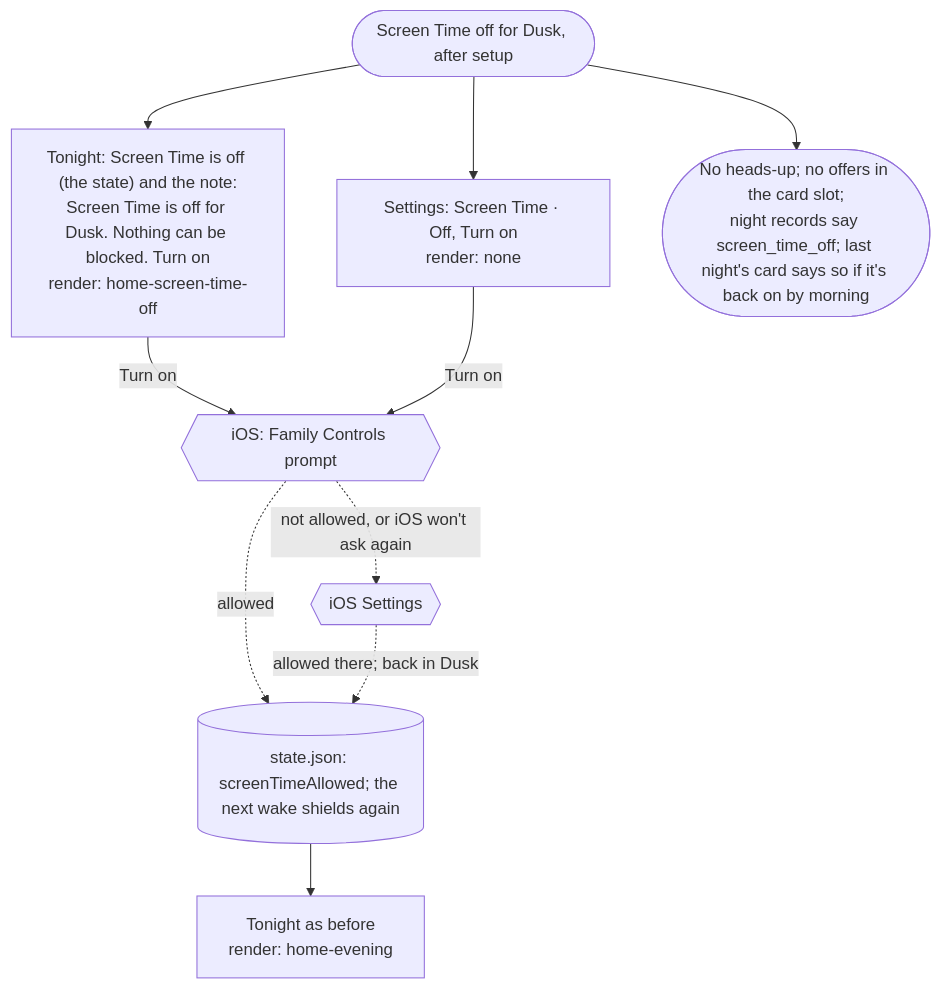
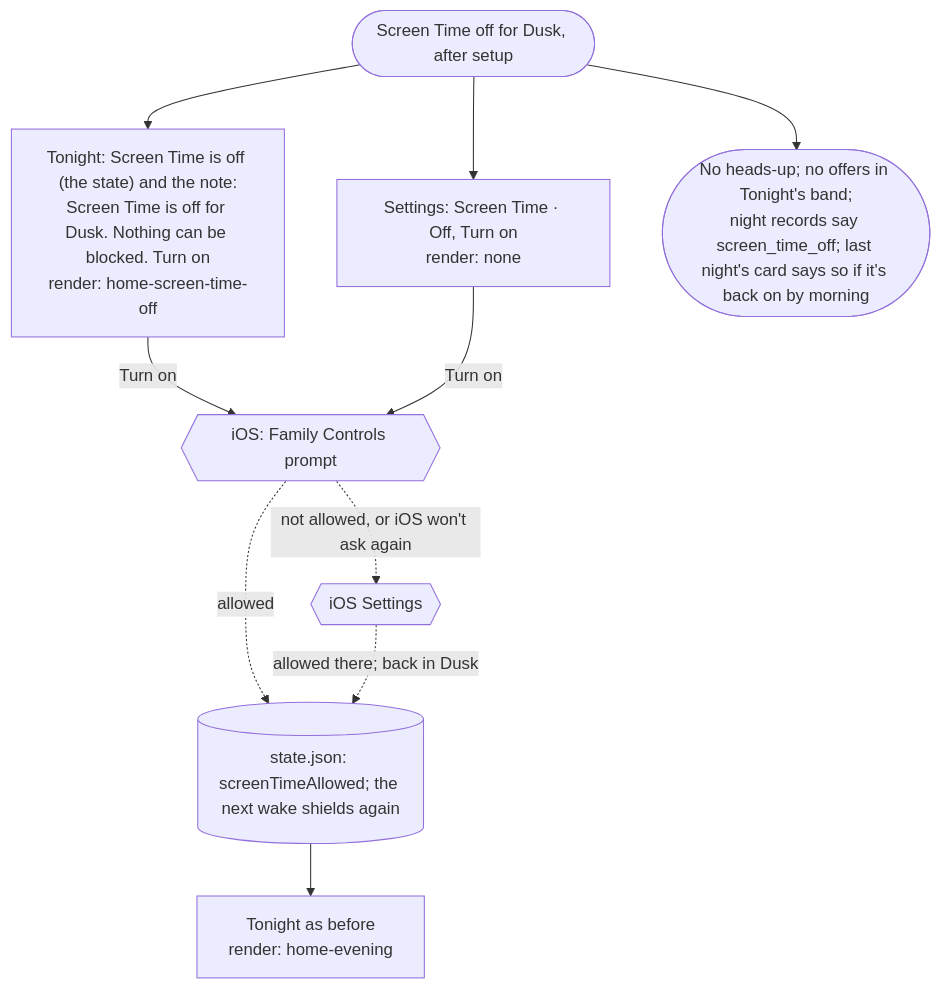
Before and after one commit to adit-rah/toll: the second of 4 diagrams in docs/flows/permissions.md, drawn with Mermaid. The commit also changed 6 other files, not shown here.

First line of the commit message:
Chart Tonight's band: the rule and who owns it through a day (D86, D91, D93)

````diff
--- a/docs/flows/permissions.md
+++ b/docs/flows/permissions.md
@@ -30,12 +30,12 @@
 ```mermaid
 flowchart TD
   stOff(["Screen Time off for Dusk, after setup"]) --> tonight["Tonight: Screen Time is off (the state) and the note:<br/>Screen Time is off for Dusk. Nothing can be blocked. Turn on<br/>render: home-screen-time-off"]
   stOff --> settingsRow["Settings: Screen Time · Off, Turn on<br/>render: none"]
-  stOff --> quiet(["No heads-up; no offers in the card slot;<br/>night records say screen_time_off; last night's card says so if it's back on by morning"])
+  stOff --> quiet(["No heads-up; no offers in Tonight's band;<br/>night records say screen_time_off; last night's card says so if it's back on by morning"])
   tonight -->|"Turn on"| request{{"iOS: Family Controls prompt"}}
   settingsRow -->|"Turn on"| request
   request -.->|"allowed"| back[("state.json: screenTimeAllowed; the next wake shields again")]
   request -.->|"not allowed, or iOS won't ask again"| iosSettings{{"iOS Settings"}}
   iosSettings -.->|"allowed there; back in Dusk"| back
   back --> normal["Tonight as before<br/>render: home-evening"]
 ```
````
